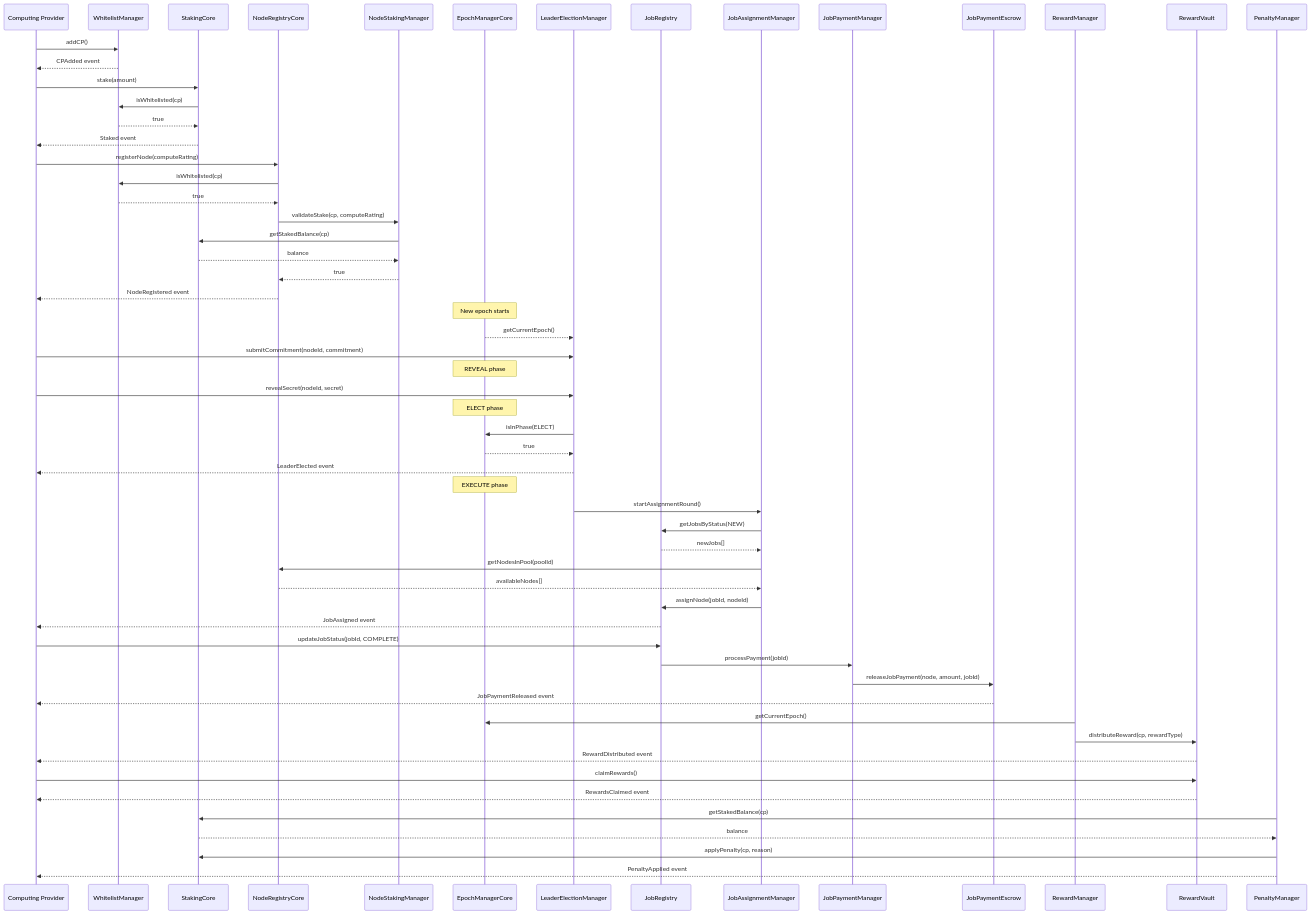
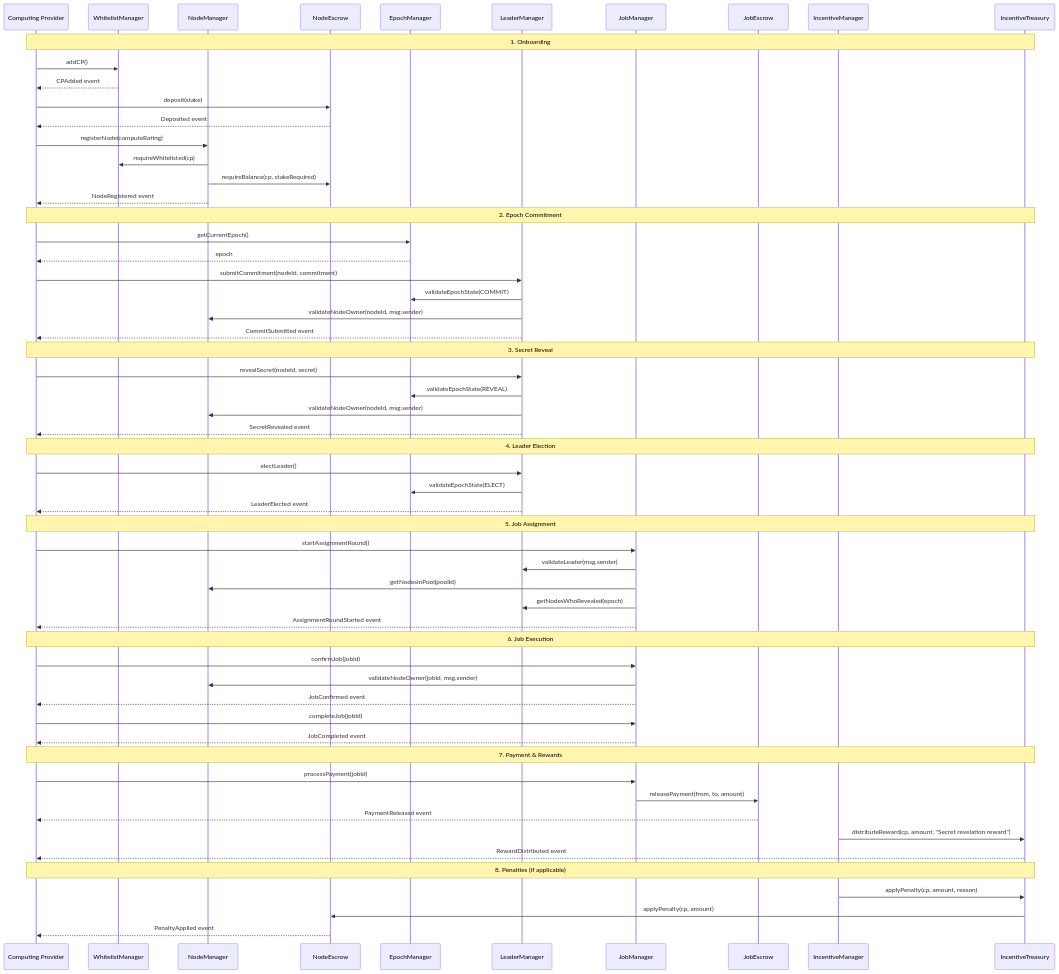
Before and after one commit to luminolabs/contracts: the diagram in docs/sequence.mermaid, drawn with Mermaid. The commit also changed 61 other files, not shown here.

```diff
--- a/docs/sequence.mermaid
+++ b/docs/sequence.mermaid
@@ -1,73 +1,75 @@
 sequenceDiagram
     participant CP as Computing Provider
     participant WM as WhitelistManager
-    participant SC as StakingCore
-    participant NR as NodeRegistryCore
-    participant NS as NodeStakingManager
-    participant EM as EpochManagerCore
-    participant LE as LeaderElectionManager
-    participant JR as JobRegistry
-    participant JA as JobAssignmentManager
-    participant JP as JobPaymentManager
-    participant PE as JobPaymentEscrow
-    participant RM as RewardManager
-    participant RV as RewardVault
-    participant PM as PenaltyManager
+    participant NM as NodeManager
+    participant NE as NodeEscrow
+    participant EM as EpochManager
+    participant LM as LeaderManager
+    participant JM as JobManager
+    participant JE as JobEscrow
+    participant IM as IncentiveManager
+    participant IT as IncentiveTreasury
 
-%% CP Registration and Staking
+%% Onboarding Phase
+    Note over CP,IT: 1. Onboarding
     CP->>WM: addCP()
     WM-->>CP: CPAdded event
-    CP->>SC: stake(amount)
-    SC->>WM: isWhitelisted(cp)
-    WM-->>SC: true
-    SC-->>CP: Staked event
+    CP->>NE: deposit(stake)
+    NE-->>CP: Deposited event
+    CP->>NM: registerNode(computeRating)
+    NM->>WM: requireWhitelisted(cp)
+    NM->>NE: requireBalance(cp, stakeRequired)
+    NM-->>CP: NodeRegistered event
 
-%% Node Registration
-    CP->>NR: registerNode(computeRating)
-    NR->>WM: isWhitelisted(cp)
-    WM-->>NR: true
-    NR->>NS: validateStake(cp, computeRating)
-    NS->>SC: getStakedBalance(cp)
-    SC-->>NS: balance
-    NS-->>NR: true
-    NR-->>CP: NodeRegistered event
+%% Epoch Commitment Phase
+    Note over CP,IT: 2. Epoch Commitment
+    CP->>EM: getCurrentEpoch()
+    EM-->>CP: epoch
+    CP->>LM: submitCommitment(nodeId, commitment)
+    LM->>EM: validateEpochState(COMMIT)
+    LM->>NM: validateNodeOwner(nodeId, msg.sender)
+    LM-->>CP: CommitSubmitted event
 
-%% Epoch and Leader Election
-    Note over EM: New epoch starts
-    EM-->>LE: getCurrentEpoch()
-    CP->>LE: submitCommitment(nodeId, commitment)
-    Note over EM: REVEAL phase
-    CP->>LE: revealSecret(nodeId, secret)
-    Note over EM: ELECT phase
-    LE->>EM: isInPhase(ELECT)
-    EM-->>LE: true
-    LE-->>CP: LeaderElected event
+%% Secret Reveal Phase
+    Note over CP,IT: 3. Secret Reveal
+    CP->>LM: revealSecret(nodeId, secret)
+    LM->>EM: validateEpochState(REVEAL)
+    LM->>NM: validateNodeOwner(nodeId, msg.sender)
+    LM-->>CP: SecretRevealed event
 
-%% Job Assignment
-    Note over EM: EXECUTE phase
-    LE->>JA: startAssignmentRound()
-    JA->>JR: getJobsByStatus(NEW)
-    JR-->>JA: newJobs[]
-    JA->>NR: getNodesInPool(poolId)
-    NR-->>JA: availableNodes[]
-    JA->>JR: assignNode(jobId, nodeId)
-    JR-->>CP: JobAssigned event
+%% Leader Election Phase
+    Note over CP,IT: 4. Leader Election
+    CP->>LM: electLeader()
+    LM->>EM: validateEpochState(ELECT)
+    LM-->>CP: LeaderElected event
 
-%% Job Execution and Payment
-    CP->>JR: updateJobStatus(jobId, COMPLETE)
-    JR->>JP: processPayment(jobId)
-    JP->>PE: releaseJobPayment(node, amount, jobId)
-    PE-->>CP: JobPaymentReleased event
+%% Job Assignment Phase
+    Note over CP,IT: 5. Job Assignment
+    CP->>JM: startAssignmentRound()
+    JM->>LM: validateLeader(msg.sender)
+    JM->>NM: getNodesInPool(poolId)
+    JM->>LM: getNodesWhoRevealed(epoch)
+    JM-->>CP: AssignmentRoundStarted event
 
-%% Rewards Distribution
-    RM->>EM: getCurrentEpoch()
-    RM->>RV: distributeReward(cp, rewardType)
-    RV-->>CP: RewardDistributed event
-    CP->>RV: claimRewards()
-    RV-->>CP: RewardsClaimed event
+%% Job Execution Phase
+    Note over CP,IT: 6. Job Execution
+    CP->>JM: confirmJob(jobId)
+    JM->>NM: validateNodeOwner(jobId, msg.sender)
+    JM-->>CP: JobConfirmed event
+    CP->>JM: completeJob(jobId)
+    JM-->>CP: JobCompleted event
+
+%% Payment & Rewards Phase
+    Note over CP,IT: 7. Payment & Rewards
+    CP->>JM: processPayment(jobId)
+    JM->>JE: releasePayment(from, to, amount)
+    JE-->>CP: PaymentReleased event
+
+    IM->>IT: distributeReward(cp, amount, "Secret revelation reward")
+    IT-->>CP: RewardDistributed event
 
 %% Penalties (if applicable)
-    PM->>SC: getStakedBalance(cp)
-    SC-->>PM: balance
-    PM->>SC: applyPenalty(cp, reason)
-    PM-->>CP: PenaltyApplied event
+    Note over CP,IT: 8. Penalties (if applicable)
+    IM->>IT: applyPenalty(cp, amount, reason)
+    IT->>NE: applyPenalty(cp, amount)
+    NE-->>CP: PenaltyApplied event
```
